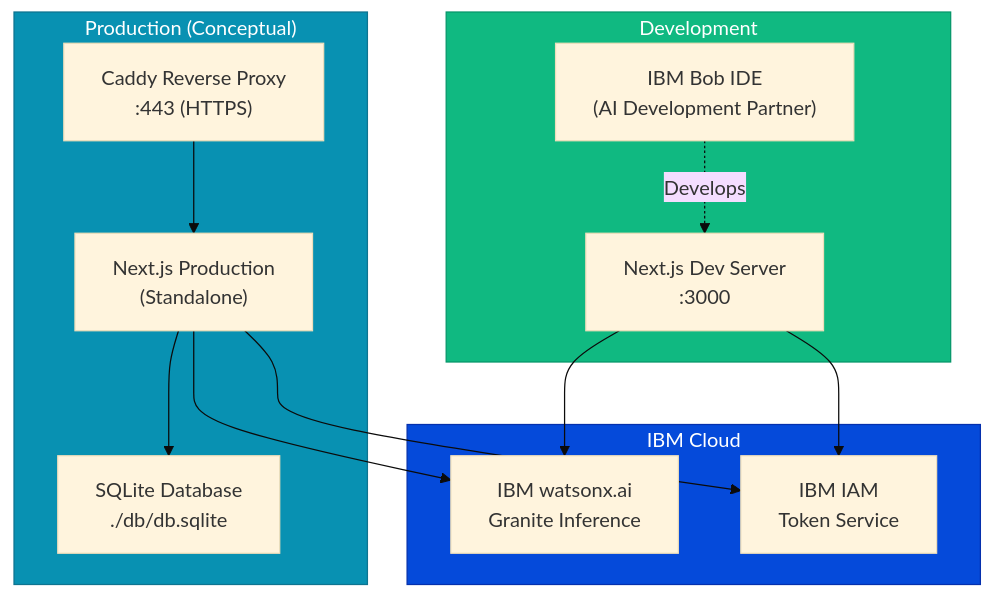
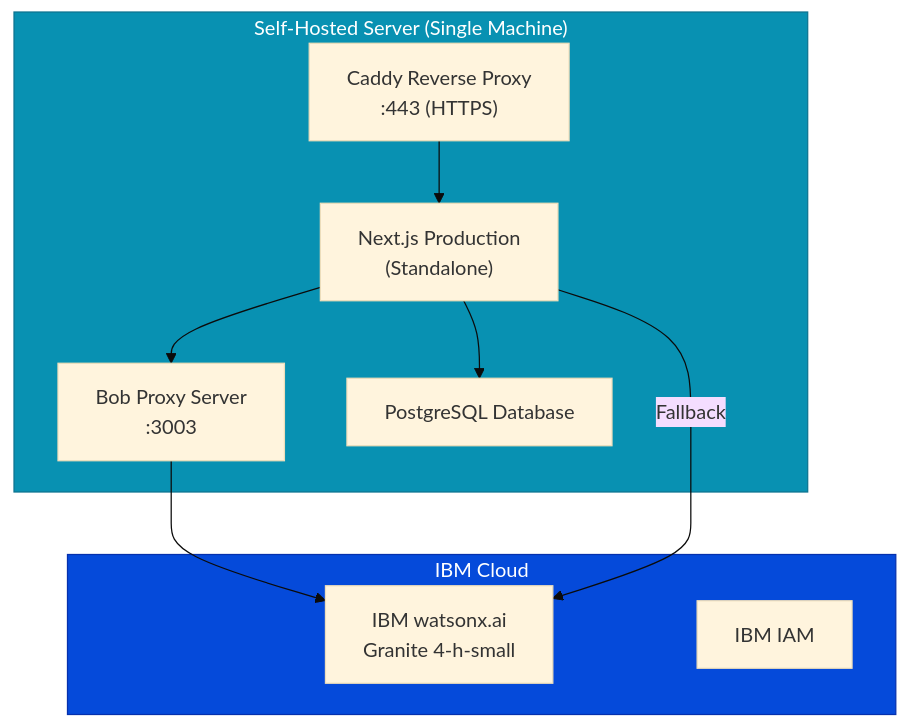
Diagram 19 of 21 in ARCHITECTURE.md (arcxteam/IBM-Bob-Code), drawn with Mermaid (base theme) before and after one commit. The commit also changed other lines of this file and 25 other files, not shown here.

First line of the commit message:
fix: post-deadline patch — Bob Shell proxy, Supabase PostgreSQL, TypeScript fixes, docs update

````diff
--- a/ARCHITECTURE.md
+++ b/ARCHITECTURE.md
@@ -870,31 +922,23 @@
 ```mermaid
 graph TB
-    subgraph Dev ["Development"]
-        DevServer["Next.js Dev Server<br/>:3000"]
-        BobIDE["IBM Bob IDE<br/>(AI Development Partner)"]
-    end
-
-    subgraph Production ["Production (Conceptual)"]
+    subgraph Server ["Self-Hosted Server (Single Machine)"]
         Caddy["Caddy Reverse Proxy<br/>:443 (HTTPS)"]
         NextProd["Next.js Production<br/>(Standalone)"]
-        DB["SQLite Database<br/>./db/db.sqlite"]
+        BobProxy["Bob Proxy Server<br/>:3003"]
+        DB["PostgreSQL Database"]
     end
 
     subgraph IBM_Cloud ["IBM Cloud"]
-        WXAI["IBM watsonx.ai<br/>Granite Inference"]
-        IAM["IBM IAM<br/>Token Service"]
+        WXAI["IBM watsonx.ai<br/>Granite 4-h-small"]
+        IAM["IBM IAM"]
     end
 
-    BobIDE -.->|Develops| DevServer
-    DevServer --> WXAI
-    DevServer --> IAM
+    Caddy --> NextProd
+    NextProd --> BobProxy
+    BobProxy --> WXAI
+    NextProd -->|Fallback| WXAI
+    NextProd --> DB
 
-    Caddy --> NextProd
-    NextProd --> DB
-    NextProd --> WXAI
-    NextProd --> IAM
-
-    style Dev fill:#10b981,stroke:#059669,color:#fff
-    style Production fill:#0891b2,stroke:#0e7490,color:#fff
+    style Server fill:#0891b2,stroke:#0e7490,color:#fff
     style IBM_Cloud fill:#054ADA,stroke:#0530AD,color:#fff
 ```
````
